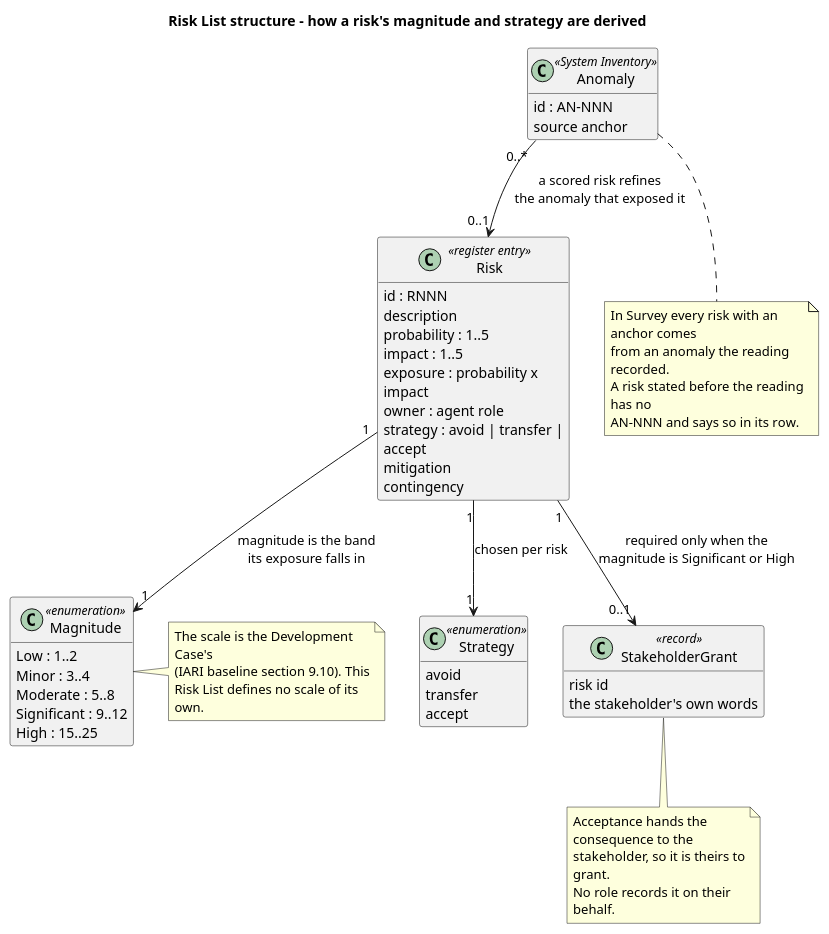
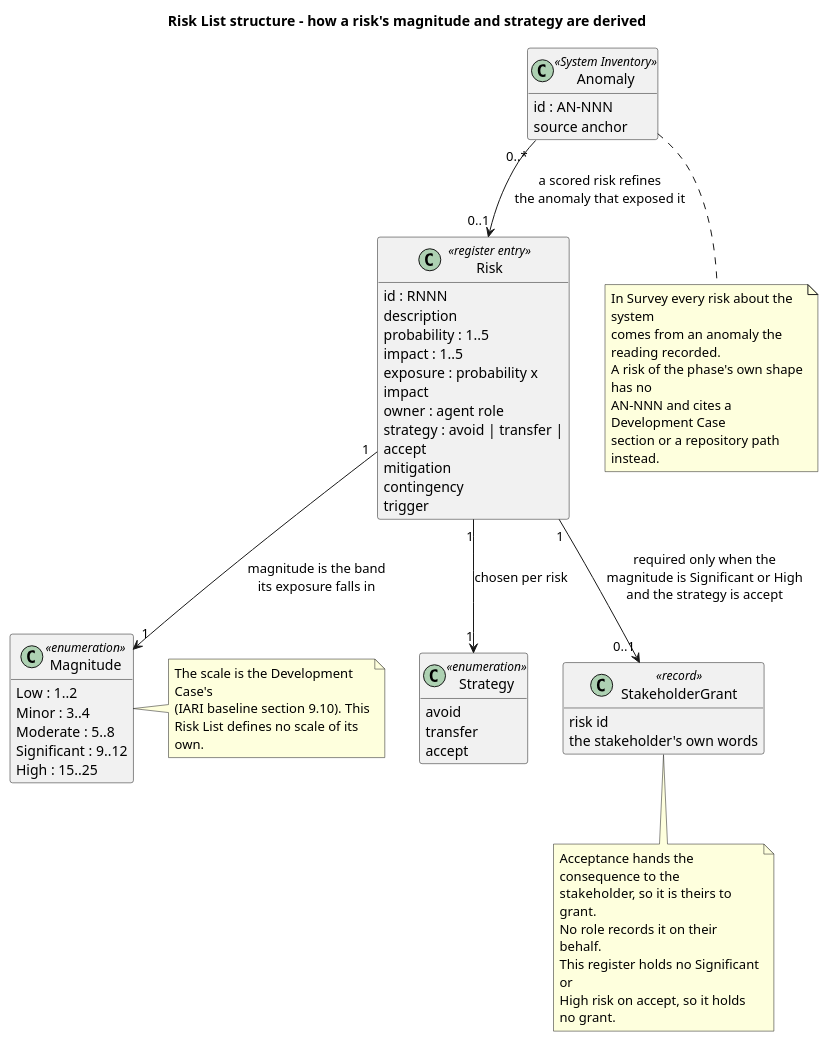
Before and after one commit to banense-test/dapr: the first of 2 diagrams in docs/artifacts/project-management/risk-list.md, drawn with PlantUML. The commit also changed other lines of this file, not shown here.

First line of the commit message:
Project Manager [Survey1]: upsert Risk List

````diff
--- a/docs/artifacts/project-management/risk-list.md
+++ b/docs/artifacts/project-management/risk-list.md
@@ -35,67 +34,71 @@
 ```plantuml
 @startuml
 title Risk List structure - how a risk's magnitude and strategy are derived
 hide empty members
 skinparam wrapWidth 200
 
 class "Risk" as RISK <<register entry>> {
   id : RNNN
   description
   probability : 1..5
   impact : 1..5
   exposure : probability x impact
   owner : agent role
   strategy : avoid | transfer | accept
   mitigation
   contingency
+  trigger
 }
 
 class "Magnitude" as MAG <<enumeration>> {
   Low : 1..2
   Minor : 3..4
   Moderate : 5..8
   Significant : 9..12
   High : 15..25
 }
 
 class "Strategy" as STRAT <<enumeration>> {
   avoid
   transfer
   accept
 }
 
 class "StakeholderGrant" as GRANT <<record>> {
   risk id
   the stakeholder's own words
 }
 
 class "Anomaly" as ANOM <<System Inventory>> {
   id : AN-NNN
   source anchor
 }
 
 RISK "1" --> "1" MAG : magnitude is the band\nits exposure falls in
 RISK "1" --> "1" STRAT : chosen per risk
-RISK "1" --> "0..1" GRANT : required only when the\nmagnitude is Significant or High
+RISK "1" --> "0..1" GRANT : required only when the\nmagnitude is Significant or High\nand the strategy is accept
 ANOM "0..*" --> "0..1" RISK : a scored risk refines\nthe anomaly that exposed it
 
 note right of MAG
   The scale is the Development Case's
   (IARI baseline section 9.10). This
   Risk List defines no scale of its own.
 end note
 
 note bottom of GRANT
   Acceptance hands the consequence to the
   stakeholder, so it is theirs to grant.
   No role records it on their behalf.
+  This register holds no Significant or
+  High risk on accept, so it holds no grant.
 end note
 
 note bottom of ANOM
-  In Survey every risk with an anchor comes
-  from an anomaly the reading recorded.
-  A risk stated before the reading has no
-  AN-NNN and says so in its row.
+  In Survey every risk about the system
+  comes from an anomaly the reading recorded.
+  A risk of the phase's own shape has no
+  AN-NNN and cites a Development Case
+  section or a repository path instead.
 end note
 @enduml
 ```
````
